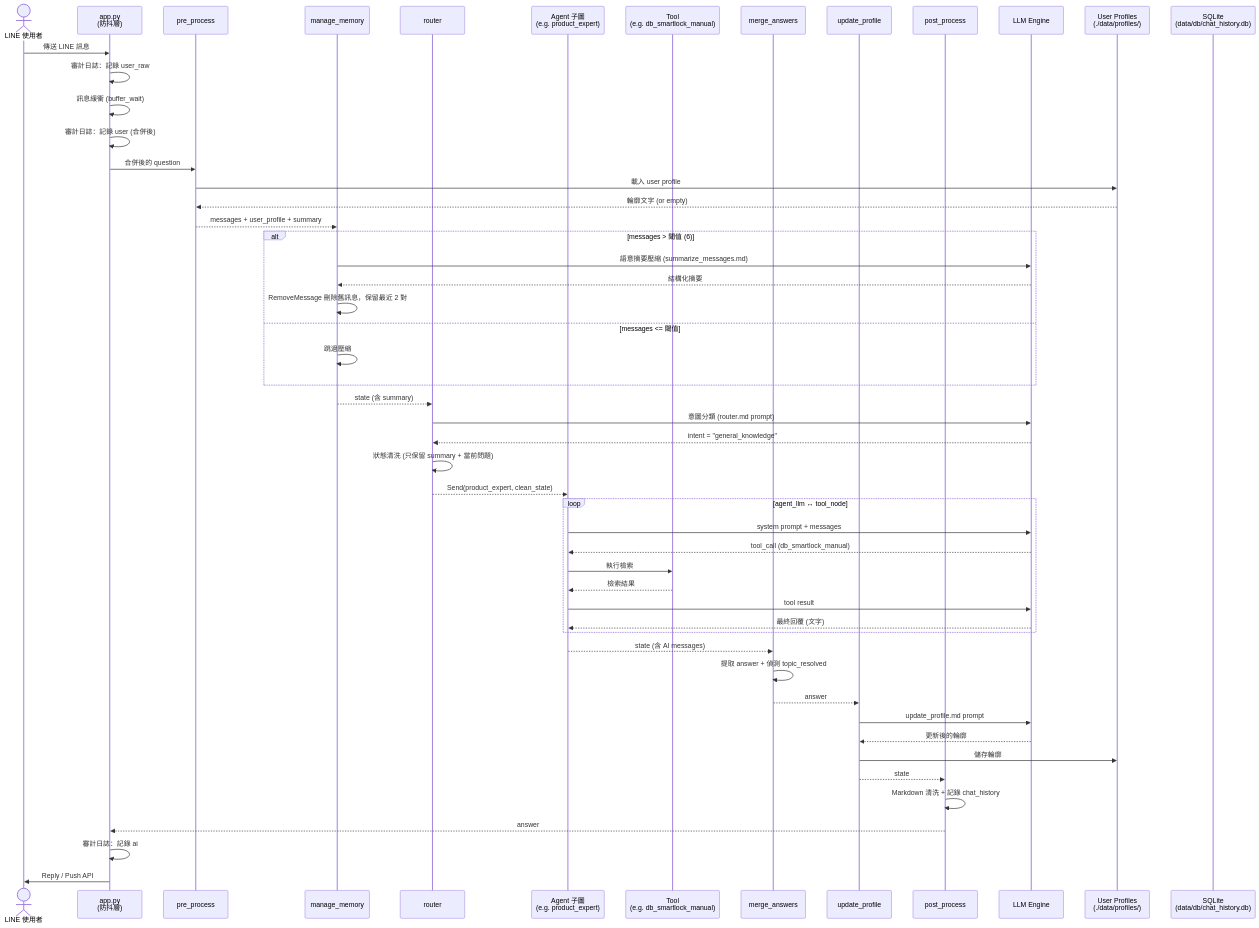
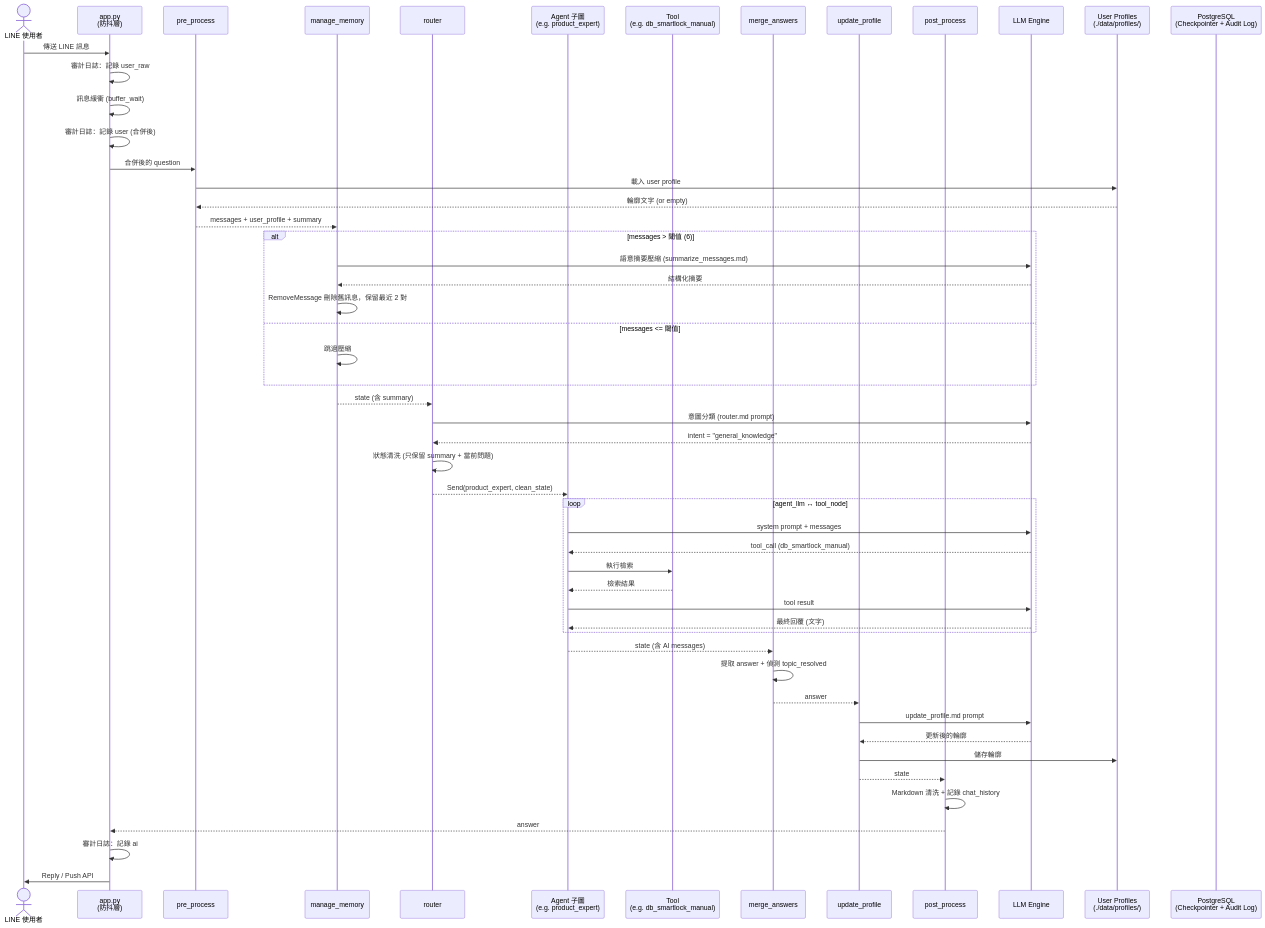
Before and after one commit to Imding1211/lock_AI_Agent: the second of 5 diagrams in docs/manuals/系統架構與流程圖.md, drawn with Mermaid. The commit also changed other lines of this file and 11 other files, not shown here.

First line of the commit message:
feat: Memory 與 Audit Log 遷移至 PostgreSQL，實作完整 postgres 支援

````diff
--- a/docs/manuals/系統架構與流程圖.md
+++ b/docs/manuals/系統架構與流程圖.md
@@ -160,63 +162,63 @@
 ```mermaid
 sequenceDiagram
     actor User as LINE 使用者
     participant App as app.py<br/>(防抖層)
     participant PP as pre_process
     participant MM as manage_memory
     participant RT as router
     participant Agent as Agent 子圖<br/>(e.g. product_expert)
     participant Tool as Tool<br/>(e.g. db_smartlock_manual)
     participant MA as merge_answers
     participant UP as update_profile
     participant Post as post_process
     participant LLM as LLM Engine
     participant Profile as User Profiles<br/>(./data/profiles/)
-    participant SQLite as SQLite<br/>(data/db/chat_history.db)
+    participant PG as PostgreSQL<br/>(Checkpointer + Audit Log)
 
     User->>App: 傳送 LINE 訊息
     App->>App: 審計日誌：記錄 user_raw
     App->>App: 訊息緩衝 (buffer_wait)
     App->>App: 審計日誌：記錄 user (合併後)
     App->>PP: 合併後的 question
 
     PP->>Profile: 載入 user profile
     Profile-->>PP: 輪廓文字 (or empty)
     PP-->>MM: messages + user_profile + summary
 
     alt messages > 閾值 (6)
         MM->>LLM: 語意摘要壓縮 (summarize_messages.md)
         LLM-->>MM: 結構化摘要
         MM->>MM: RemoveMessage 刪除舊訊息，保留最近 2 對
     else messages <= 閾值
         MM->>MM: 跳過壓縮
     end
     MM-->>RT: state (含 summary)
 
     RT->>LLM: 意圖分類 (router.md prompt)
     LLM-->>RT: intent = "general_knowledge"
     RT->>RT: 狀態清洗 (只保留 summary + 當前問題)
     RT-->>Agent: Send(product_expert, clean_state)
 
     loop agent_llm ↔ tool_node
         Agent->>LLM: system prompt + messages
         LLM-->>Agent: tool_call (db_smartlock_manual)
         Agent->>Tool: 執行檢索
         Tool-->>Agent: 檢索結果
         Agent->>LLM: tool result
         LLM-->>Agent: 最終回覆 (文字)
     end
 
     Agent-->>MA: state (含 AI messages)
     MA->>MA: 提取 answer + 偵測 topic_resolved
 
     MA-->>UP: answer
     UP->>LLM: update_profile.md prompt
     LLM-->>UP: 更新後的輪廓
     UP->>Profile: 儲存輪廓
 
     UP-->>Post: state
     Post->>Post: Markdown 清洗 + 記錄 chat_history
     Post-->>App: answer
     App->>App: 審計日誌：記錄 ai
     App->>User: Reply / Push API
 ```
````
